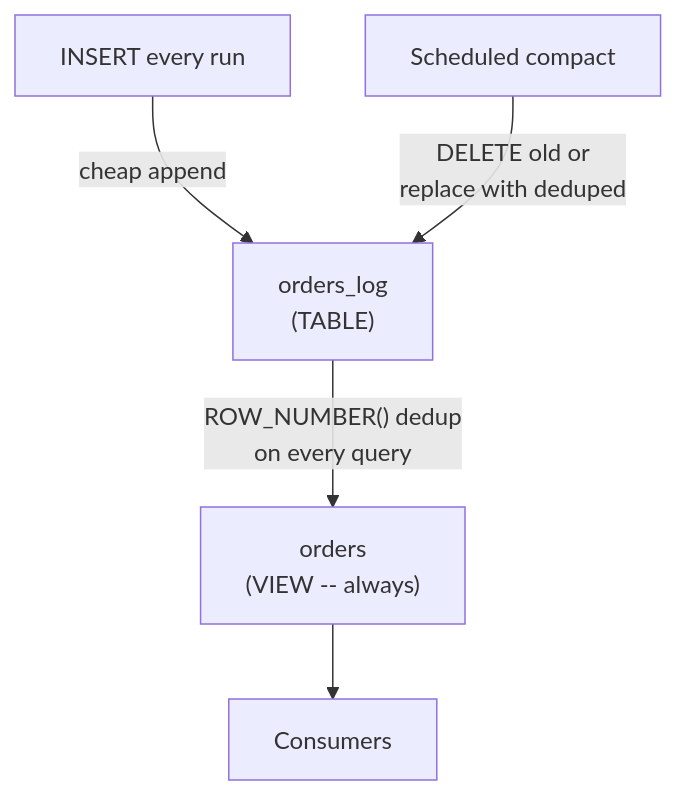
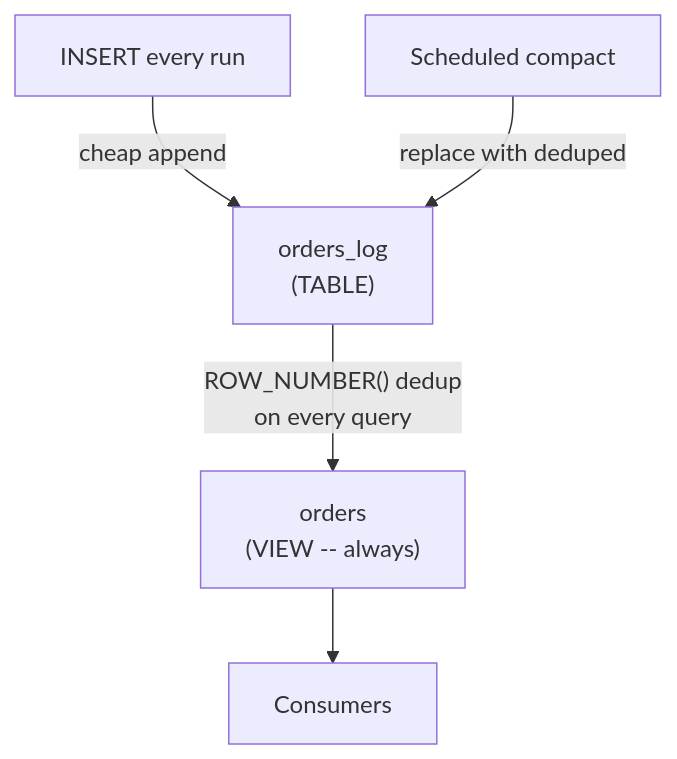
The second of 2 diagrams in 04-load-strategies/0404-append-and-materialize.md (alonsoburon/libro_el), drawn with Mermaid before and after one commit. The commit also changed other lines of this file and 41 other files, not shown here.

````diff
--- a/04-load-strategies/0404-append-and-materialize.md
+++ b/04-load-strategies/0404-append-and-materialize.md
@@ -122,7 +115,7 @@
 ```mermaid
 flowchart TD
     append["INSERT every run"] -->|"cheap append"| log["orders_log<br>(TABLE)"]
-    sched["Scheduled compact"] -->|"DELETE old or<br>replace with deduped"| log
+    sched["Scheduled compact"] -->|"replace with deduped"| log
     log -->|"ROW_NUMBER() dedup<br>on every query"| view["orders<br>(VIEW -- always)"]
     view --> consumers["Consumers"]
 ```
````
